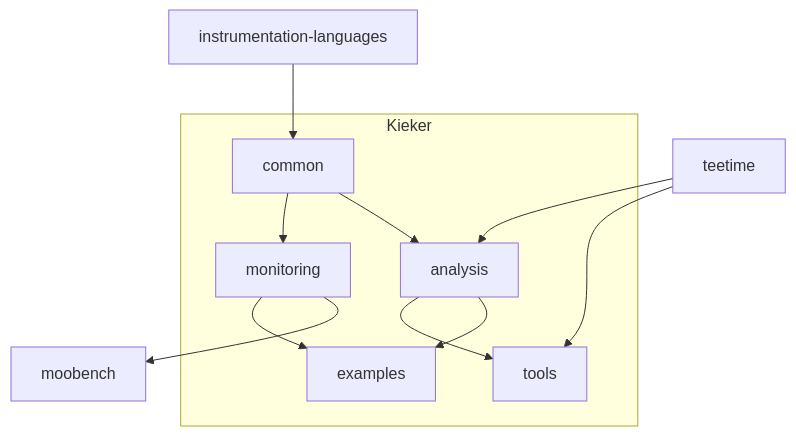
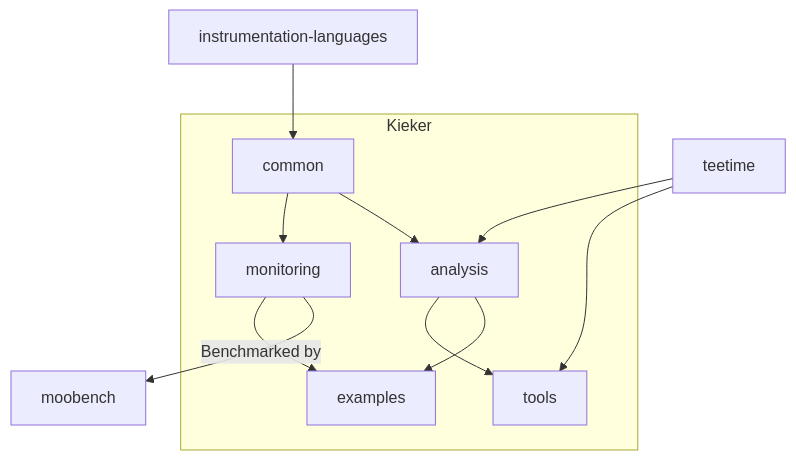
One commit to kieker-monitoring/.github changed the diagram in profile/README.md. Above: the diagram before and after it, drawn with Mermaid.

Commit message:
Specify that MooBench benchmarks

````diff
--- a/profile/README.md
+++ b/profile/README.md
@@ -13,15 +13,15 @@
 ```mermaid
 
 flowchart TB
     subgraph Kieker
     common-->monitoring
     common-->analysis
     monitoring-->examples
     analysis-->tools
     analysis-->examples
     end
     instrumentation-languages-->common
+    monitoring-->|Benchmarked by|moobench
     teetime-->analysis
     teetime-->tools
-    monitoring-->moobench
 ```
````
